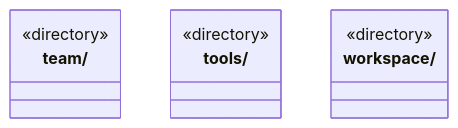
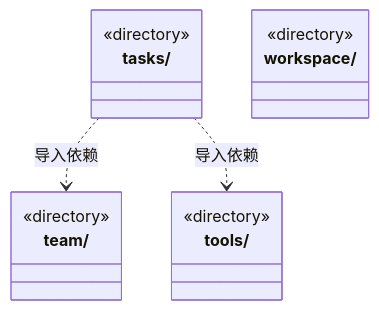
One commit to nan023062/cbim changed the second of 2 diagrams in src/backend/core/ARCHITECTURE.md. Above: the diagram before and after it, drawn with Mermaid. The commit also changed other lines of this file and 211 other files, not shown here.

````diff
--- a/src/backend/core/ARCHITECTURE.md
+++ b/src/backend/core/ARCHITECTURE.md
@@ -42,12 +42,17 @@
 ```mermaid
 classDiagram
+class N_src_backend_core_tasks["tasks/"] {
+  <<directory>>
+}
 class N_src_backend_core_team["team/"] {
   <<directory>>
 }
 class N_src_backend_core_tools["tools/"] {
   <<directory>>
 }
 class N_src_backend_core_workspace["workspace/"] {
   <<directory>>
 }
+N_src_backend_core_tasks ..> N_src_backend_core_team : 导入依赖
+N_src_backend_core_tasks ..> N_src_backend_core_tools : 导入依赖
 ```
````
